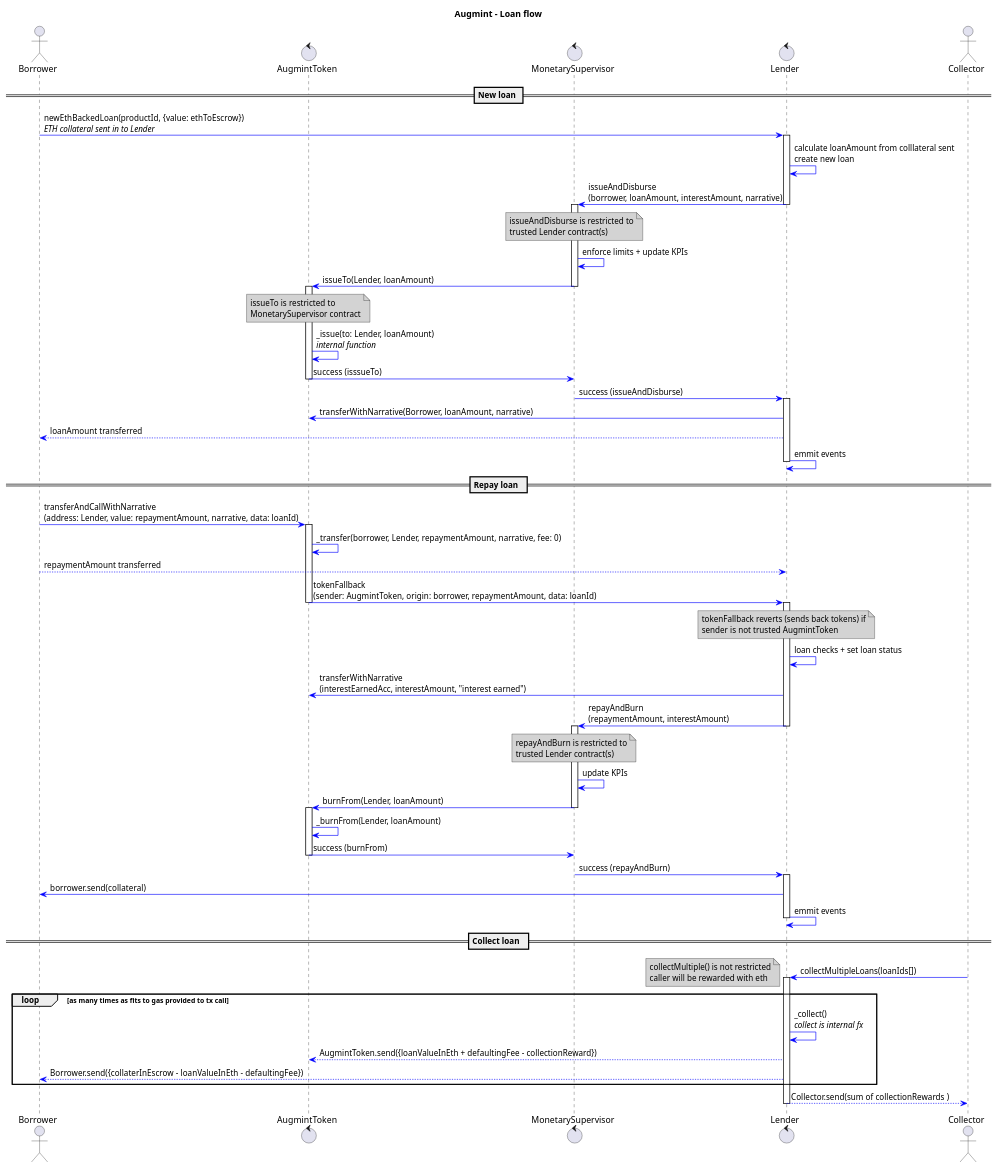
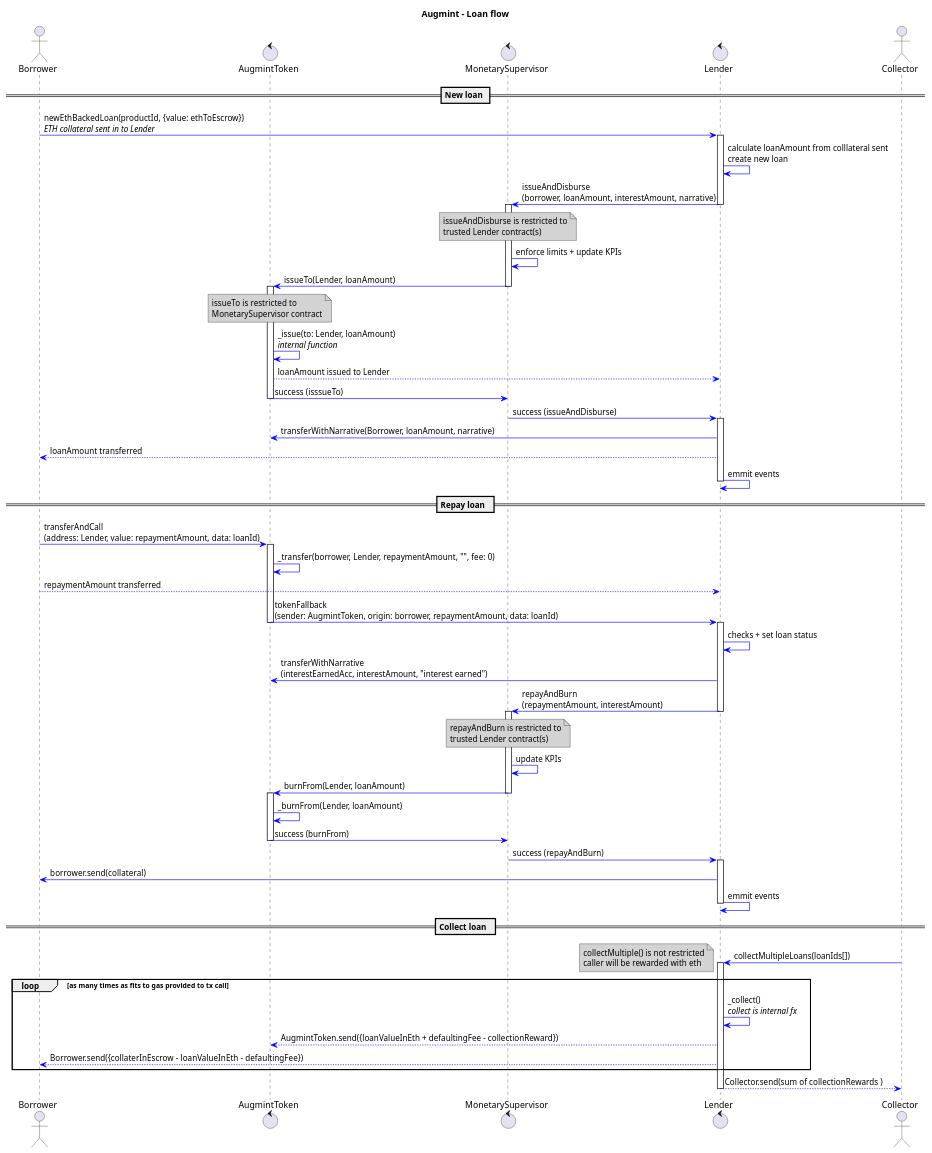
Before and after one commit to Augmint/augmint-contracts: the diagram in docs/loanFlow.plantuml, drawn with PlantUML. The commit also changed 1 other file, not shown here.

Commit message:
removed transferAndCallWithNarrative, use standard transferAndCall #2

```diff
--- a/docs/loanFlow.plantuml
+++ b/docs/loanFlow.plantuml
@@ -1,103 +1,100 @@
 @startuml
 title **Augmint** - Loan flow
 skinparam ArrowColor #blue
 skinparam noteBackgroundColor #lightgrey
 
 actor Borrower
 control AugmintToken
 control MonetarySupervisor
 control Lender
 actor Collector
 
 == New loan ==
 Borrower -> Lender : newEthBackedLoan(productId, {value: ethToEscrow})\n//ETH collateral sent in to Lender//
 
 activate Lender
     Lender -> Lender : calculate loanAmount from colllateral sent\ncreate new loan
     Lender -> MonetarySupervisor : issueAndDisburse\n(borrower, loanAmount, interestAmount, narrative)
 deactivate Lender
 
 activate MonetarySupervisor
     note over MonetarySupervisor
         issueAndDisburse is restricted to
         trusted Lender contract(s)
     end note
     MonetarySupervisor -> MonetarySupervisor : enforce limits + update KPIs
     MonetarySupervisor -> AugmintToken : issueTo(Lender, loanAmount)
 deactivate MonetarySupervisor
 
 activate AugmintToken
     note over AugmintToken
         issueTo is restricted to
         MonetarySupervisor contract
     end note
     AugmintToken -> AugmintToken : _issue(to: Lender, loanAmount)\n//internal function//
+    AugmintToken --> Lender : loanAmount issued to Lender
     AugmintToken -> MonetarySupervisor : success (isssueTo)
 deactivate AugmintToken
 
 MonetarySupervisor -> Lender : success (issueAndDisburse)
 
 activate Lender
     Lender -> AugmintToken : transferWithNarrative(Borrower, loanAmount, narrative)
     Lender --> Borrower : loanAmount transferred
     Lender -> Lender : emmit events
 deactivate Lender
 
 
 == Repay loan  ==
-Borrower -> AugmintToken : transferAndCallWithNarrative\n(address: Lender, value: repaymentAmount, narrative, data: loanId)
+Borrower -> AugmintToken : transferAndCall\n(address: Lender, value: repaymentAmount, data: loanId)
 
 activate AugmintToken
-    AugmintToken -> AugmintToken : _transfer(borrower, Lender, repaymentAmount, narrative, fee: 0)
+    AugmintToken -> AugmintToken : _transfer(borrower, Lender, repaymentAmount, "", fee: 0)
     Borrower --> Lender : repaymentAmount transferred
     AugmintToken -> Lender : tokenFallback\n(sender: AugmintToken, origin: borrower, repaymentAmount, data: loanId)
 deactivate AugmintToken
 
 activate Lender
-    note over Lender
-        tokenFallback reverts (sends back tokens) if
-        sender is not trusted AugmintToken
-    end note
-    Lender -> Lender : loan checks + set loan status
+    Lender -> Lender : checks + set loan status
     Lender -> AugmintToken : transferWithNarrative\n(interestEarnedAcc, interestAmount, "interest earned")
     Lender -> MonetarySupervisor : repayAndBurn\n(repaymentAmount, interestAmount)
     note over MonetarySupervisor
         repayAndBurn is restricted to
         trusted Lender contract(s)
     end note
 deactivate Lender
 
 activate MonetarySupervisor
     MonetarySupervisor -> MonetarySupervisor : update KPIs
     MonetarySupervisor -> AugmintToken : burnFrom(Lender, loanAmount)
 deactivate MonetarySupervisor
 
 activate AugmintToken
     AugmintToken -> AugmintToken : _burnFrom(Lender, loanAmount)
     AugmintToken -> MonetarySupervisor : success (burnFrom)
 deactivate AugmintToken
 
 MonetarySupervisor -> Lender : success (repayAndBurn)
 
 activate Lender
 Lender -> Borrower : borrower.send(collateral)
 Lender -> Lender : emmit events
 deactivate Lender
 
 == Collect loan  ==
 Collector -> Lender : collectMultipleLoans(loanIds[])
 note left
     collectMultiple() is not restricted
     caller will be rewarded with eth
 end note
 activate Lender
 
 loop as many times as fits to gas provided to tx call
     Lender -> Lender : _collect()\n//collect is internal fx//
     Lender --> AugmintToken : AugmintToken.send({loanValueInEth + defaultingFee - collectionReward})
     Lender --> Borrower : Borrower.send({collaterInEscrow - loanValueInEth - defaultingFee})
 end
 Lender --> Collector : Collector.send(sum of collectionRewards )
 
 deactivate Lender
 @enduml
```
